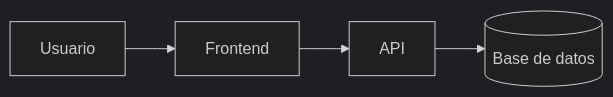
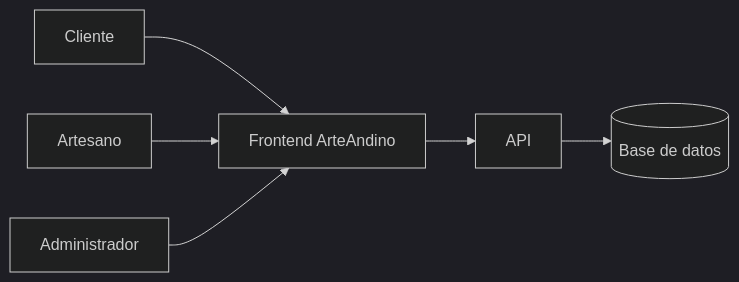
Before and after one commit to yamelymachacca-prog/laboratorio-readme: the diagram in README.md, drawn with Mermaid (dark theme). The commit also changed other lines of this file, not shown here.

Commit message:
Completa README profesional de ArteAndino

````diff
--- a/README.md
+++ b/README.md
@@ -24,6 +65,8 @@
 ```mermaid
 graph LR
-    A[Usuario] --> B[Frontend]
+    A[Cliente] --> B[Frontend ArteAndino]
+    E[Artesano] --> B
+    F[Administrador] --> B
     B --> C[API]
     C --> D[(Base de datos)]
 ```
````
